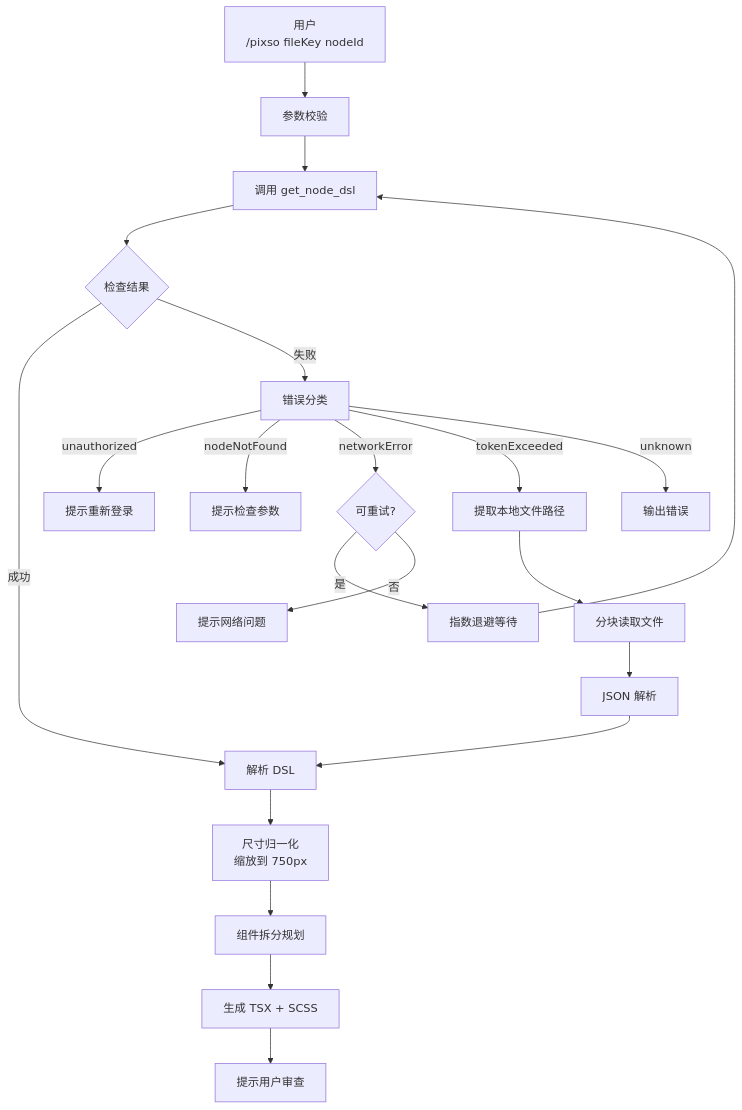
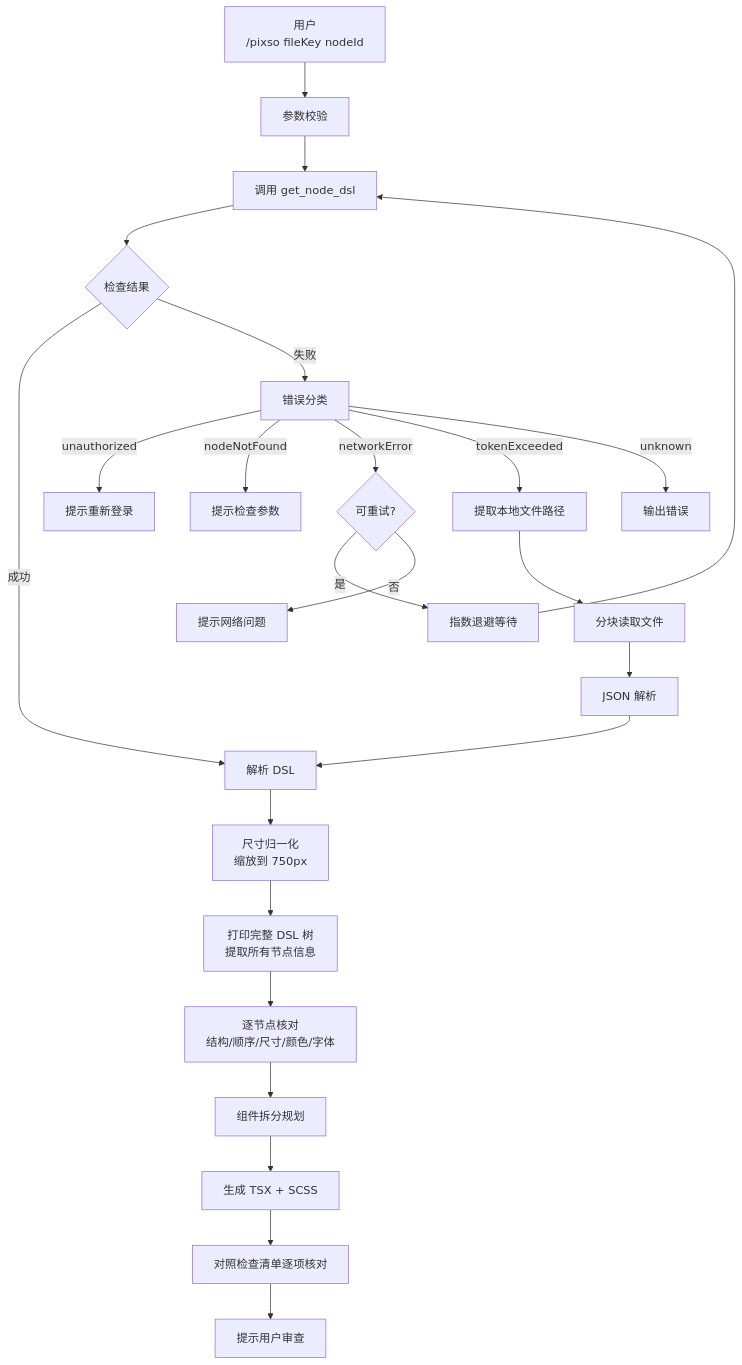
One commit to ShrekYan/OneSelf changed the diagram in .claude/commands/pixso.md. Above: the diagram before and after it, drawn with Mermaid. The commit also changed other lines of this file and 10 other files, not shown here.

````diff
--- a/.claude/commands/pixso.md
+++ b/.claude/commands/pixso.md
@@ -35,22 +35,25 @@
 ```mermaid
 flowchart TD
     U[用户<br/>/pixso fileKey nodeId] --> P[参数校验]
     P --> C[调用 get_node_dsl]
     C --> R{检查结果}
     R -->|成功| D[解析 DSL]
     R -->|失败| E[错误分类]
     E -->|unauthorized| H[提示重新登录]
     E -->|nodeNotFound| I[提示检查参数]
     E -->|networkError| R1{可重试?}
     R1 -->|是| W[指数退避等待] --> C
     R1 -->|否| E1[提示网络问题]
     E -->|tokenExceeded| F[提取本地文件路径]
     F --> G[分块读取文件]
     G --> J[JSON 解析]
     J --> D
     E -->|unknown| O[输出错误]
     D --> S[尺寸归一化<br/>缩放到 750px]
-    S --> CMP[组件拆分规划]
+    S --> T[打印完整 DSL 树<br/>提取所有节点信息]
+    T --> A[逐节点核对<br/>结构/顺序/尺寸/颜色/字体]
+    A --> CMP[组件拆分规划]
     CMP --> CODE[生成 TSX + SCSS]
-    CODE --> END[提示用户审查]
+    CODE --> CHECK[对照检查清单逐项核对]
+    CHECK --> END[提示用户审查]
 ```
````
